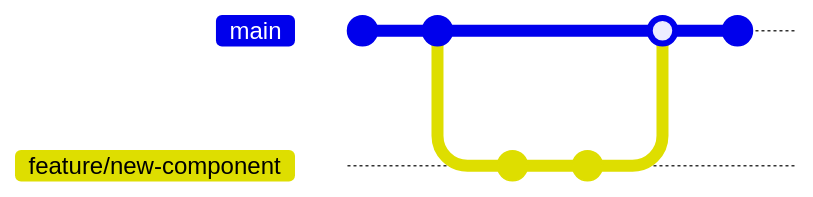
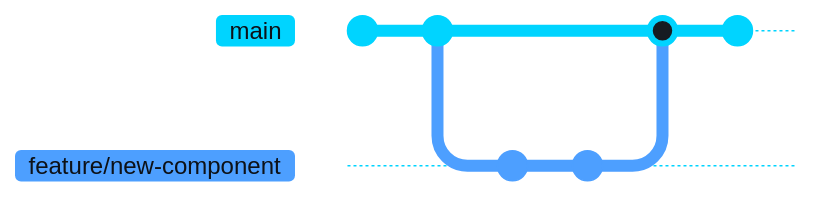
Before and after one commit to cyborghound/cyborghound.github.io: the third of 3 diagrams in _posts/2026-03-13-getting-started-with-mermaid-diagrams.md, drawn with Mermaid. The commit also changed other lines of this file, not shown here. Commit ids are hidden.

Commit message:
style(post): apply custom dark Mermaid theme to all diagrams in Mermaid intro post

````diff
--- a/_posts/2026-03-13-getting-started-with-mermaid-diagrams.md
+++ b/_posts/2026-03-13-getting-started-with-mermaid-diagrams.md
@@ -56,12 +99,33 @@
 ```mermaid
+%%{init: {
+  "theme": "base",
+  "themeVariables": {
+    "background":       "#0d1117",
+    "mainBkg":          "#161b22",
+    "primaryColor":     "#161b22",
+    "primaryTextColor": "#e6edf3",
+    "lineColor":        "#00d4ff",
+    "git0":             "#00d4ff",
+    "git1":             "#4d9fff",
+    "git2":             "#79c0ff",
+    "gitBranchLabel0":  "#0d1117",
+    "gitBranchLabel1":  "#0d1117",
+    "gitBranchLabel2":  "#0d1117",
+    "gitInv0":          "#0d1117",
+    "gitInv1":          "#0d1117",
+    "commitLabelColor": "#e6edf3",
+    "commitLabelBackground":"#161b22",
+    "fontFamily":       "ui-monospace, monospace"
+  }
+}}%%
 gitGraph
     commit
     commit
     branch feature/new-component
     checkout feature/new-component
     commit
     commit
     checkout main
     merge feature/new-component
     commit
 ```
````
